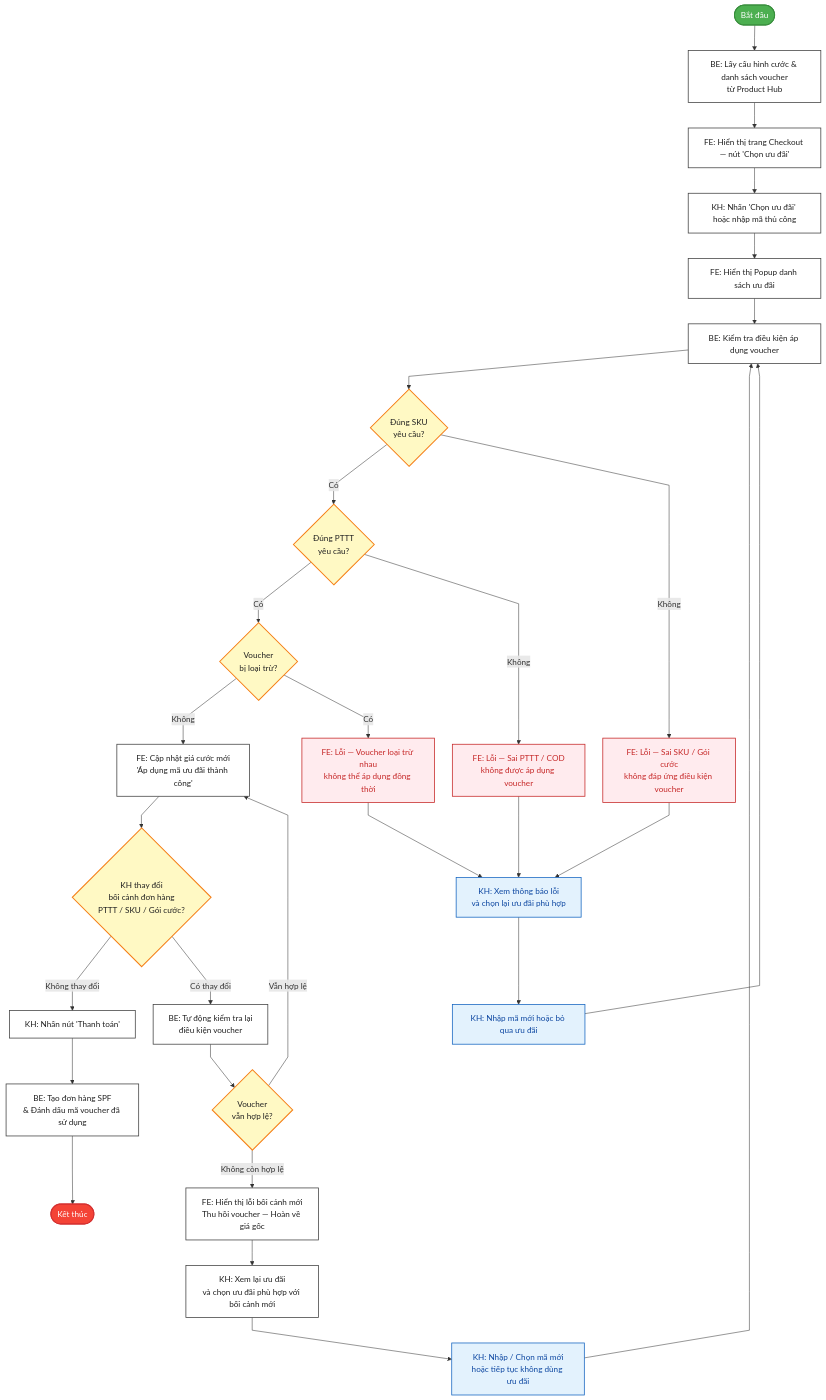
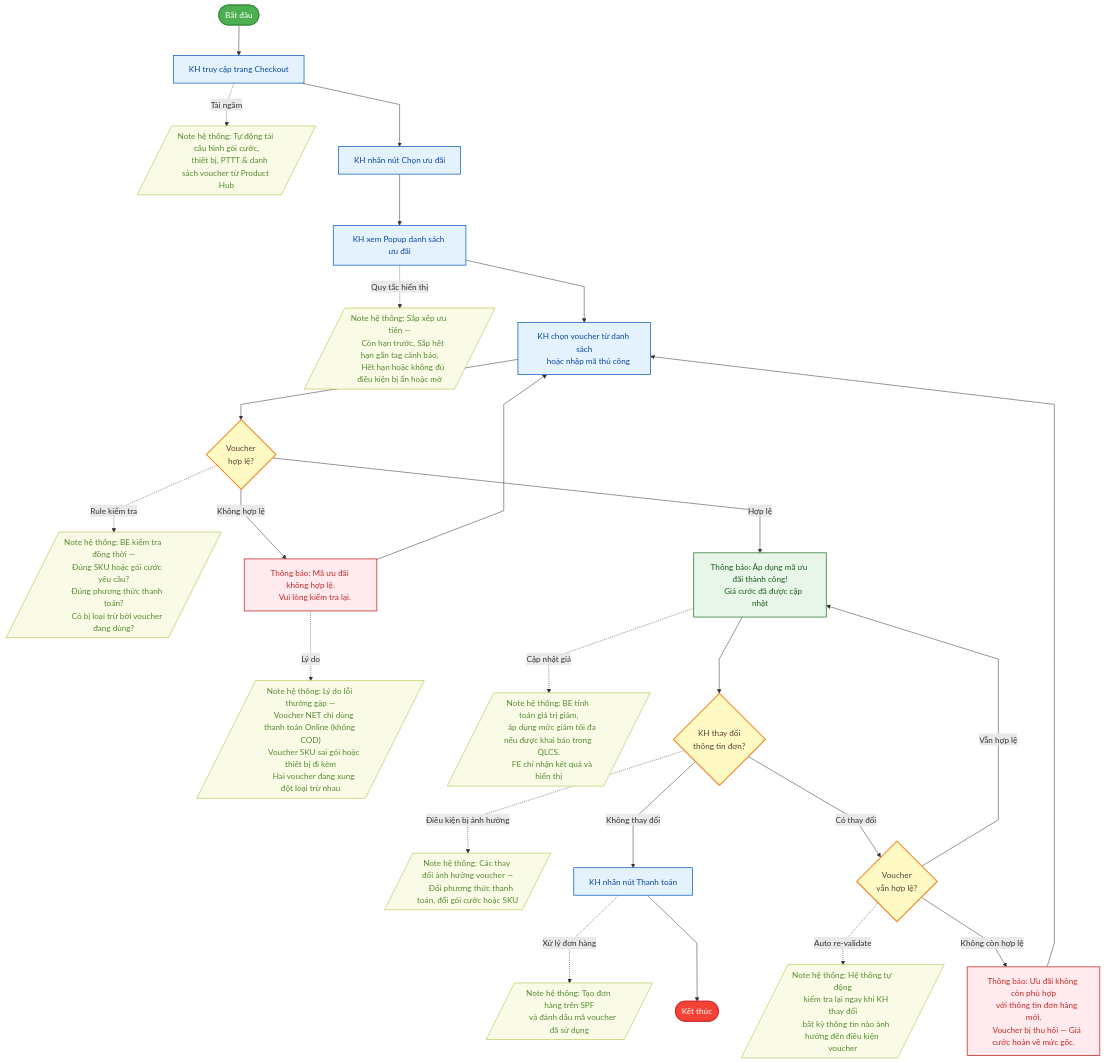
The diagram in diagrams/voucher_flow.md (hathuy2706-BA/FPT), drawn with Mermaid before and after one commit. The commit also changed other lines of this file and 1 other file, not shown here.

Commit message:
docs: redesign voucher flow as customer journey with system notes on dashed lines

````diff
--- a/diagrams/voucher_flow.md
+++ b/diagrams/voucher_flow.md
@@ -8,93 +13,108 @@
 ```mermaid
-%%{init: { 'theme': 'default', 'flowchart': { 'curve': 'linear', 'nodeSpacing': 35, 'rankSpacing': 50 } } }%%
+%%{init: { 'theme': 'default', 'flowchart': { 'curve': 'linear', 'nodeSpacing': 45, 'rankSpacing': 60 } } }%%
 flowchart TD
-    classDef startNode fill:#4CAF50,stroke:#388E3C,stroke-width:2px,color:#fff
-    classDef endNode fill:#F44336,stroke:#D32F2F,stroke-width:2px,color:#fff
-    classDef processNode fill:#FFFFFF,stroke:#424242,stroke-width:1.5px,color:#212121
-    classDef decisionNode fill:#FFF9C4,stroke:#F57F17,stroke-width:2px,color:#212121
-    classDef errorNode fill:#FFEBEE,stroke:#C62828,stroke-width:1.5px,color:#C62828
-    classDef retryNode fill:#E3F2FD,stroke:#1565C0,stroke-width:1.5px,color:#0D47A1
 
-    %% ═══════════════════════════════════════
-    %% BLOCK 1: KHỞI TẠO & VÀO CHECKOUT
-    %% ═══════════════════════════════════════
-    A([Bắt đầu])
-    B["BE: Lấy cấu hình cước & danh sách voucher\ntừ Product Hub"]
-    C["FE: Hiển thị trang Checkout — nút 'Chọn ưu đãi'"]
-    D["KH: Nhấn 'Chọn ưu đãi' hoặc nhập mã thủ công"]
-    E["FE: Hiển thị Popup danh sách ưu đãi"]
-    F["BE: Kiểm tra điều kiện áp dụng voucher"]
+    classDef startEnd fill:#4CAF50,stroke:#388E3C,stroke-width:2px,color:#fff
+    classDef stopEnd  fill:#F44336,stroke:#D32F2F,stroke-width:2px,color:#fff
+    classDef khStep   fill:#E3F2FD,stroke:#1565C0,stroke-width:1.5px,color:#0D47A1
+    classDef gate     fill:#FFF9C4,stroke:#F57F17,stroke-width:2px,color:#5D4037
+    classDef noteBox  fill:#F9FBE7,stroke:#AFB42B,stroke-width:1px,color:#558B2F
+    classDef errBox   fill:#FFEBEE,stroke:#C62828,stroke-width:1.5px,color:#C62828
+    classDef okBox    fill:#E8F5E9,stroke:#2E7D32,stroke-width:1.5px,color:#1B5E20
 
-    %% ═══════════════════════════════════════
-    %% BLOCK 2: KIỂM TRA ĐIỀU KIỆN
-    %% ═══════════════════════════════════════
-    G{"Đúng SKU\nyêu cầu?"}
-    H{"Đúng PTTT\nyêu cầu?"}
-    I{"Voucher\nbị loại trừ?"}
+    START([Bắt đầu])
 
-    %% ═══════════════════════════════════════
-    %% BLOCK 3: XỬ LÝ LỖI (Nhánh phải)
-    %% ═══════════════════════════════════════
-    ERR_SKU["FE: Lỗi — Sai SKU / Gói cước\nkhông đáp ứng điều kiện voucher"]
-    ERR_PTTT["FE: Lỗi — Sai PTTT / COD\nkhông được áp dụng voucher"]
-    ERR_EXCL["FE: Lỗi — Voucher loại trừ nhau\nkhông thể áp dụng đồng thời"]
-    RETRY["KH: Xem thông báo lỗi\nvà chọn lại ưu đãi phù hợp"]
-    REENTER["KH: Nhập mã mới hoặc bỏ qua ưu đãi"]
+    S1["KH truy cập trang Checkout"]
+    N1[/"Note hệ thống: Tự động tải cấu hình gói cước,
+    thiết bị, PTTT & danh sách voucher từ Product Hub"/]
 
-    %% ═══════════════════════════════════════
-    %% BLOCK 4: ÁP DỤNG THÀNH CÔNG
-    %% ═══════════════════════════════════════
-    J["FE: Cập nhật giá cước mới\n'Áp dụng mã ưu đãi thành công'"]
+    S2["KH nhấn nút Chọn ưu đãi"]
 
-    %% ═══════════════════════════════════════
-    %% BLOCK 5: THAY ĐỔI BỐI CẢNH
-    %% ═══════════════════════════════════════
-    L{"KH thay đổi\nbối cảnh đơn hàng\nPTTT / SKU / Gói cước?"}
-    M["BE: Tự động kiểm tra lại\nđiều kiện voucher"]
-    N{"Voucher\nvẫn hợp lệ?"}
-    O["FE: Hiển thị lỗi bối cảnh mới\nThu hồi voucher — Hoàn về giá gốc"]
-    P["KH: Xem lại ưu đãi\nvà chọn ưu đãi phù hợp với bối cảnh mới"]
-    Q["KH: Nhập / Chọn mã mới\nhoặc tiếp tục không dùng ưu đãi"]
+    S3["KH xem Popup danh sách ưu đãi"]
+    N3[/"Note hệ thống: Sắp xếp ưu tiên —
+    Còn hạn trước, Sắp hết hạn gắn tag cảnh báo,
+    Hết hạn hoặc không đủ điều kiện bị ẩn hoặc mờ"/]
 
-    %% ═══════════════════════════════════════
-    %% BLOCK 6: THANH TOÁN & KẾT THÚC
-    %% ═══════════════════════════════════════
-    PAY["KH: Nhấn nút 'Thanh toán'"]
-    DONE["BE: Tạo đơn hàng SPF\n& Đánh dấu mã voucher đã sử dụng"]
-    R([Kết thúc])
+    S4["KH chọn voucher từ danh sách
+    hoặc nhập mã thủ công"]
 
-    %% Gán style
-    class A startNode
-    class R endNode
-    class B,C,D,E,F,J,M,O,P,PAY,DONE processNode
-    class G,H,I,L,N decisionNode
-    class ERR_SKU,ERR_PTTT,ERR_EXCL errorNode
-    class RETRY,REENTER,Q retryNode
+    CHK{"Voucher
+    hợp lệ?"}
+    N4[/"Note hệ thống: BE kiểm tra đồng thời —
+    Đúng SKU hoặc gói cước yêu cầu?
+    Đúng phương thức thanh toán?
+    Có bị loại trừ bởi voucher đang dùng?"/]
 
-    %% ═══════════════════════════════════════
-    %% LUỒNG CHÍNH
-    %% ═══════════════════════════════════════
-    A --> B --> C --> D --> E --> F
+    ERR["Thông báo: Mã ưu đãi không hợp lệ.
+    Vui lòng kiểm tra lại."]
+    N_ERR[/"Note hệ thống: Lý do lỗi thường gặp —
+    Voucher NET chỉ dùng thanh toán Online (không COD)
+    Voucher SKU sai gói hoặc thiết bị đi kèm
+    Hai voucher đang xung đột loại trừ nhau"/]
 
-    F --> G
-    G -->|Có| H
-    H -->|Có| I
-    I -->|Không| J
+    OK["Thông báo: Áp dụng mã ưu đãi thành công!
+    Giá cước đã được cập nhật"]
+    N_OK[/"Note hệ thống: BE tính toán giá trị giảm,
+    áp dụng mức giảm tối đa nếu được khai báo trong QLCS.
+    FE chỉ nhận kết quả và hiển thị"/]
 
-    %% Nhánh lỗi điều kiện
-    G -->|Không| ERR_SKU --> RETRY
-    H -->|Không| ERR_PTTT --> RETRY
-    I -->|Có| ERR_EXCL --> RETRY
-    RETRY --> REENTER --> F
+    CHG{"KH thay đổi
+    thông tin đơn?"}
+    N_CHG[/"Note hệ thống: Các thay đổi ảnh hưởng voucher —
+    Đổi phương thức thanh toán, đổi gói cước hoặc SKU"/]
 
-    %% Luồng sau khi áp dụng
-    J --> L
-    L -->|Không thay đổi| PAY
-    L -->|Có thay đổi| M
-    M --> N
-    N -->|Vẫn hợp lệ| J
-    N -->|Không còn hợp lệ| O --> P --> Q --> F
+    PAY["KH nhấn nút Thanh toán"]
 
-    %% Kết thúc
-    PAY --> DONE --> R
+    RECHK{"Voucher
+    vẫn hợp lệ?"}
+    N_RECHK[/"Note hệ thống: Hệ thống tự động
+    kiểm tra lại ngay khi KH thay đổi
+    bất kỳ thông tin nào ảnh hưởng đến điều kiện voucher"/]
+
+    REVOKE["Thông báo: Ưu đãi không còn phù hợp
+    với thông tin đơn hàng mới.
+    Voucher bị thu hồi — Giá cước hoàn về mức gốc."]
+
+    N_PAY[/"Note hệ thống: Tạo đơn hàng trên SPF
+    và đánh dấu mã voucher đã sử dụng"/]
+
+    DONE([Kết thúc])
+
+    class START startEnd
+    class DONE stopEnd
+    class S1,S2,S3,S4,PAY khStep
+    class CHK,CHG,RECHK gate
+    class N1,N3,N4,N_ERR,N_OK,N_CHG,N_RECHK,N_PAY noteBox
+    class ERR,REVOKE errBox
+    class OK okBox
+
+    START --> S1
+    S1 -. "Tải ngầm" .-> N1
+    S1 --> S2 --> S3
+    S3 -. "Quy tắc hiển thị" .-> N3
+    S3 --> S4
+
+    S4 --> CHK
+    CHK -. "Rule kiểm tra" .-> N4
+
+    CHK -->|Không hợp lệ| ERR
+    ERR -. "Lý do" .-> N_ERR
+    ERR --> S4
+
+    CHK -->|Hợp lệ| OK
+    OK -. "Cập nhật giá" .-> N_OK
+
+    OK --> CHG
+    CHG -. "Điều kiện bị ảnh hưởng" .-> N_CHG
+
+    CHG -->|Không thay đổi| PAY
+    CHG -->|Có thay đổi| RECHK
+
+    RECHK -. "Auto re-validate" .-> N_RECHK
+    RECHK -->|Vẫn hợp lệ| OK
+    RECHK -->|Không còn hợp lệ| REVOKE
+    REVOKE --> S4
+
+    PAY -. "Xử lý đơn hàng" .-> N_PAY
+    PAY --> DONE
 ```
````
